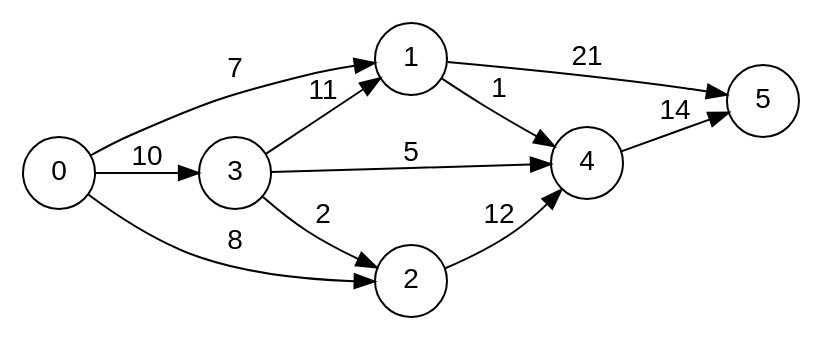
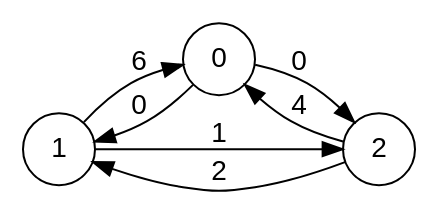
Before and after one commit to st4rhub/ProgFonct: the diagram in outfile.dot, drawn with Graphviz. The commit also changed 5 other files, not shown here.

```diff
--- a/outfile.dot
+++ b/outfile.dot
@@ -1,33 +1,25 @@
 digraph finite_state_machine { 
 
   fontname="Helvetica,Arial,sans-serif" 
 
   node [fontname="Helvetica,Arial,sans-serif"] 
 
   edge [fontname="Helvetica,Arial,sans-serif"] 
 
   rankdir=LR 
 ;
   node [shape = circle]; 
 
- 4 -> 5 [label = "14"]
+ 1 -> 0 [label = "6"]
 
- 1 -> 5 [label = "21"]
+ 1 -> 2 [label = "1"]
 
- 1 -> 4 [label = "1"]
+ 0 -> 1 [label = "0"]
 
- 3 -> 1 [label = "11"]
+ 0 -> 2 [label = "0"]
 
- 3 -> 2 [label = "2"]
+ 2 -> 1 [label = "2"]
 
- 3 -> 4 [label = "5"]
-
- 2 -> 4 [label = "12"]
-
- 0 -> 1 [label = "7"]
-
- 0 -> 3 [label = "10"]
-
- 0 -> 2 [label = "8"]
+ 2 -> 0 [label = "4"]
 
 }
```
